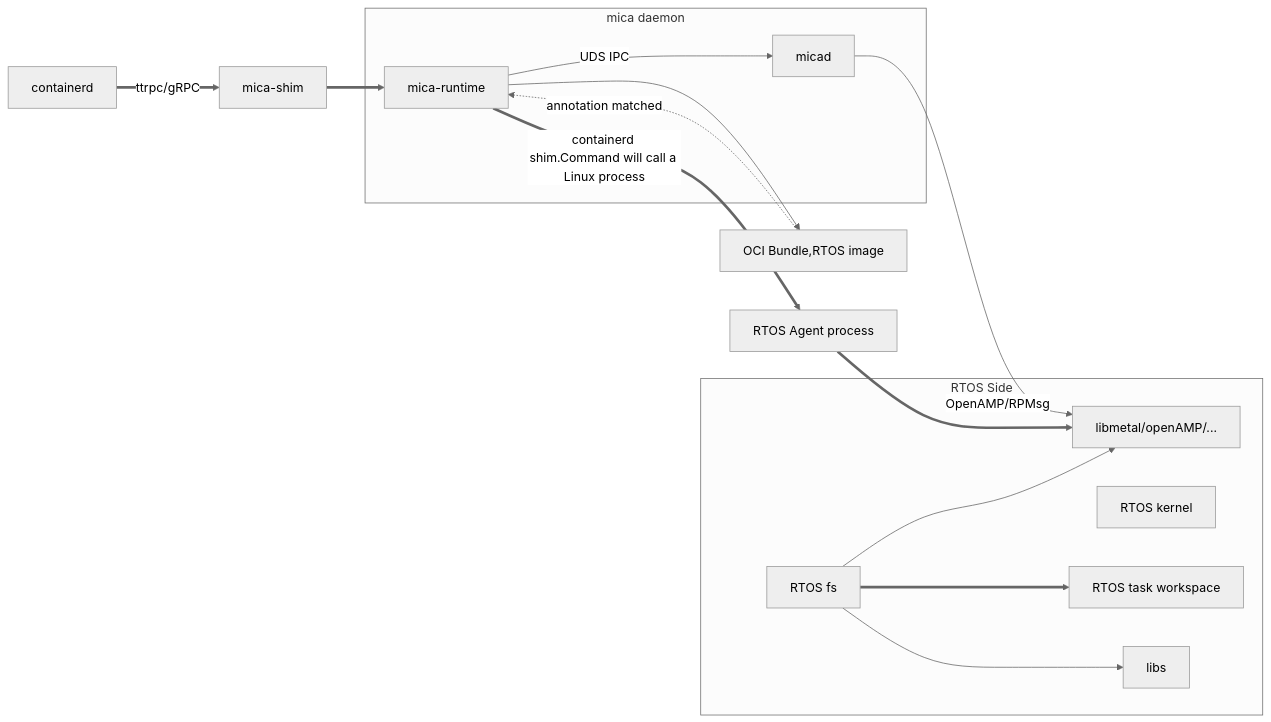
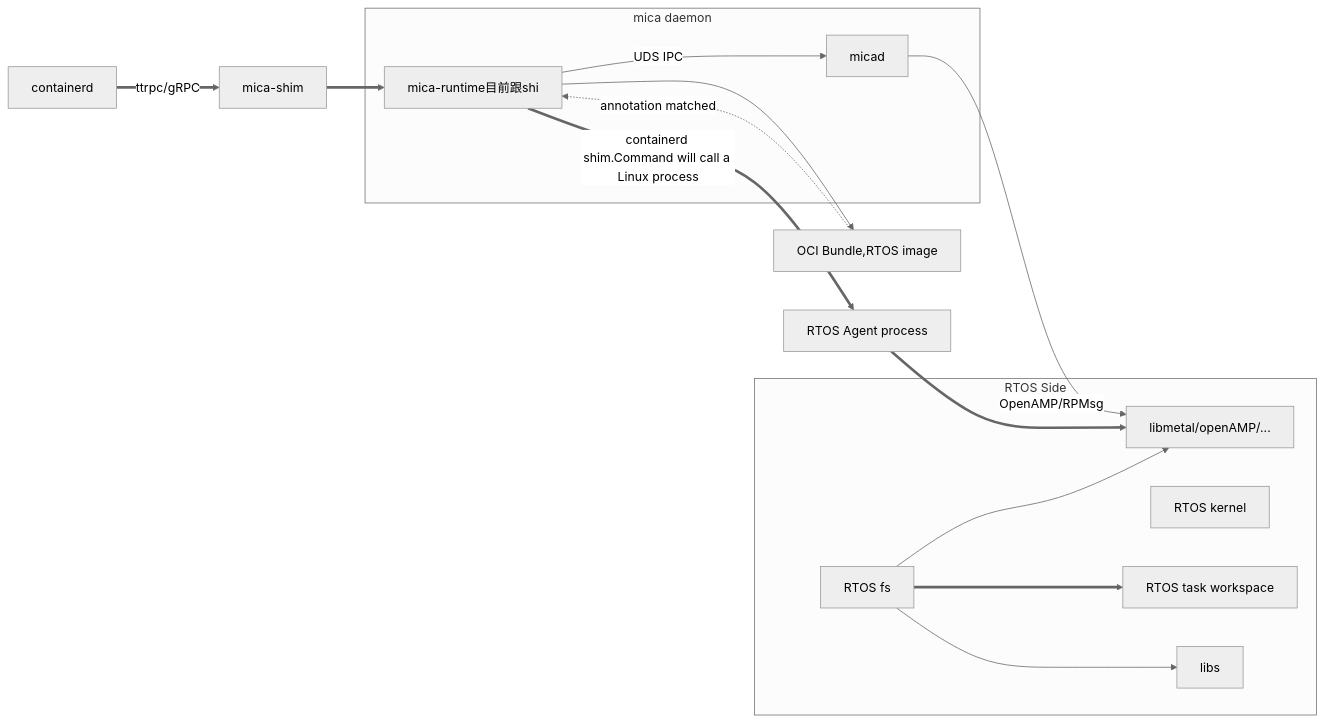
The diagram in all/未命名.md (Egg12138/iodraw-files), drawn with Mermaid (neutral theme) before and after one commit.

Commit message:
2025-06-23 09:21:46 update

````diff
--- a/all/未命名.md
+++ b/all/未命名.md
@@ -1,24 +1,24 @@
 ```mermaid
 graph LR
     CD[containerd] ==>|ttrpc/gRPC| S
     S[mica-shim] ==> MR
-    MR[mica-runtime] -->|UDS IPC| A[micad]
+    MR[mica-runtime目前跟shi] -->|UDS IPC| A[micad]
     MR -->C[OCI Bundle,RTOS image]
     MR ==>|containerd shim.Command will call a Linux process|AG[RTOS Agent process]
     A -->|OpenAMP/RPMsg| B[RTOS Remote Core]
     C -.->|annotation matched| MR
     AG ==>B
     subgraph RTOS Side
         K[RTOS kernel]
         B[libmetal/openAMP/...]
         D[RTOS fs] ==> E
         D --> L[libs]
         D --> B
         E[RTOS task workspace]
     end
-    
+
     subgraph mica daemon
         A
         MR
     end
 ```
````
